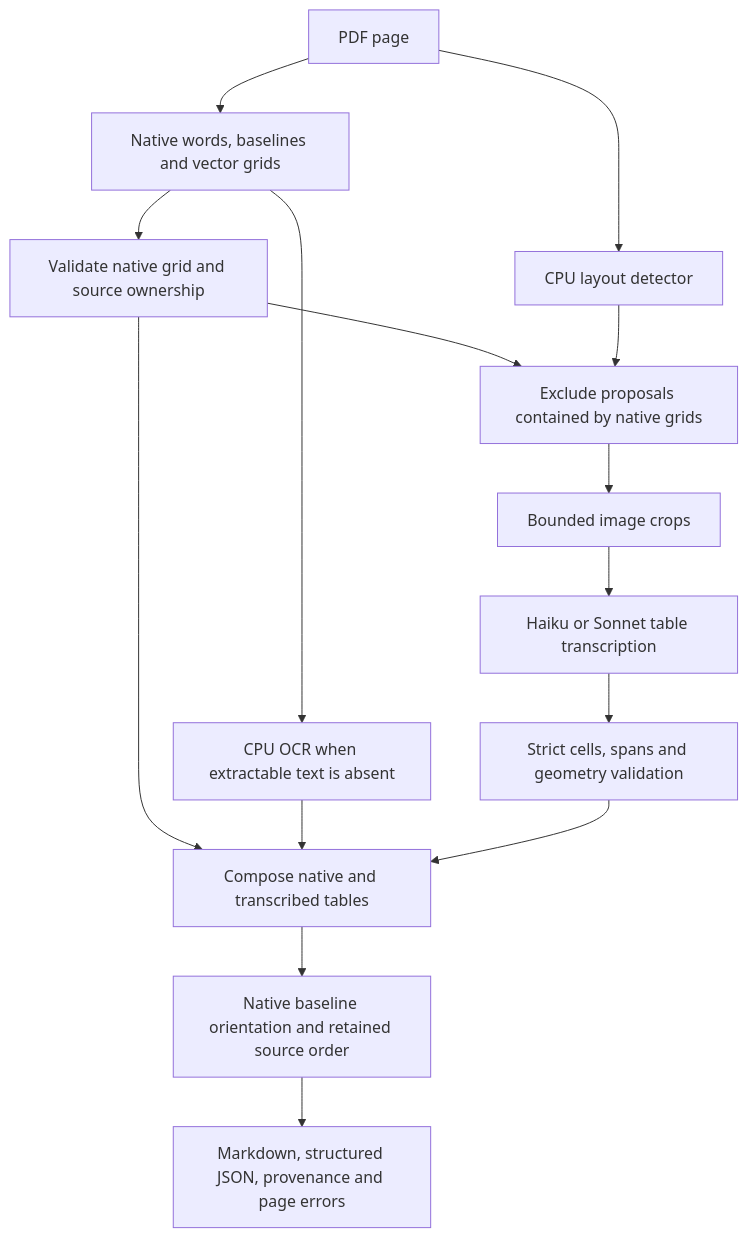
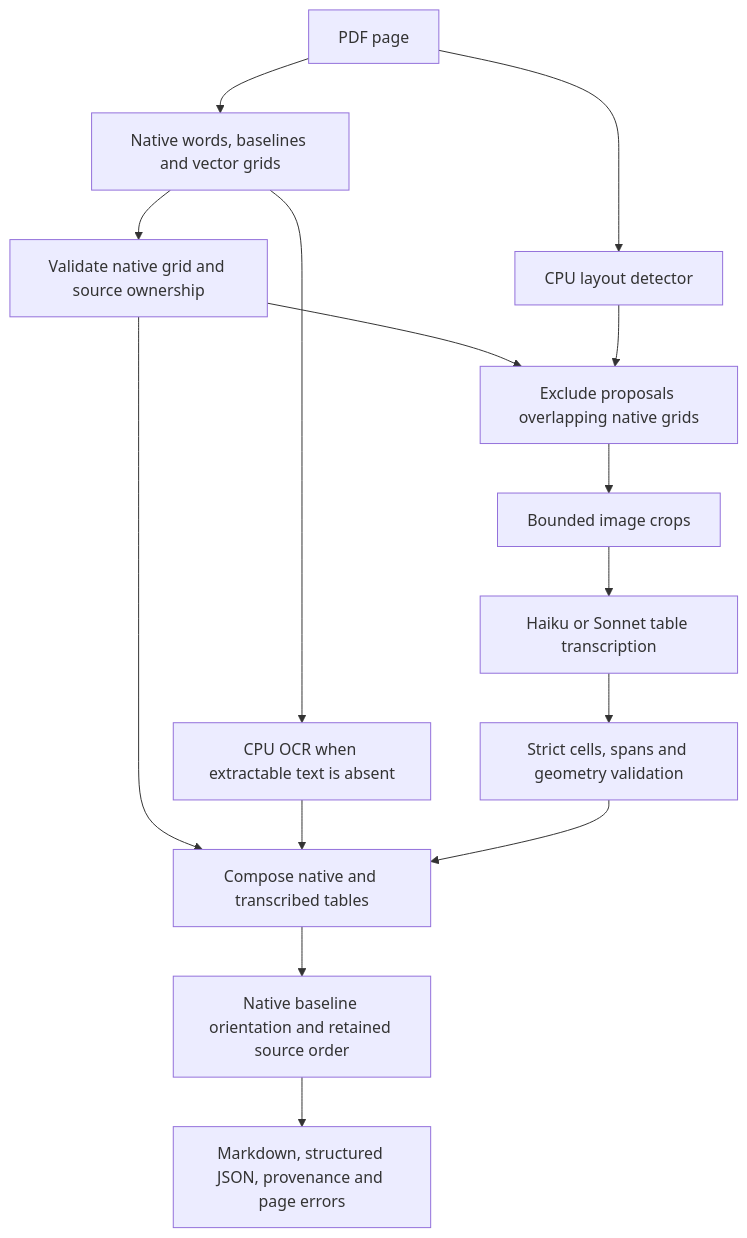
Before and after one commit to DocSlurp/pdfust: the diagram in bench/GENERALIZATION_FINDINGS.md, drawn with Mermaid.

Commit message:
Describe conservative native proposal overlap exclusion precisely

````diff
--- a/bench/GENERALIZATION_FINDINGS.md
+++ b/bench/GENERALIZATION_FINDINGS.md
@@ -19,17 +19,17 @@
 ```mermaid
 flowchart TD
     PDF[PDF page] --> Native[Native words, baselines and vector grids]
     Native --> Grid[Validate native grid and source ownership]
     Native --> OCR[CPU OCR when extractable text is absent]
     PDF --> Detector[CPU layout detector]
-    Grid --> Exclude[Exclude proposals contained by native grids]
+    Grid --> Exclude[Exclude proposals overlapping native grids]
     Detector --> Exclude
     Exclude --> Crop[Bounded image crops]
     Crop --> Model[Haiku or Sonnet table transcription]
     Model --> Validate[Strict cells, spans and geometry validation]
     Grid --> Compose[Compose native and transcribed tables]
     OCR --> Compose
     Validate --> Compose
     Compose --> Order[Native baseline orientation and retained source order]
     Order --> Output[Markdown, structured JSON, provenance and page errors]
 ```
````
